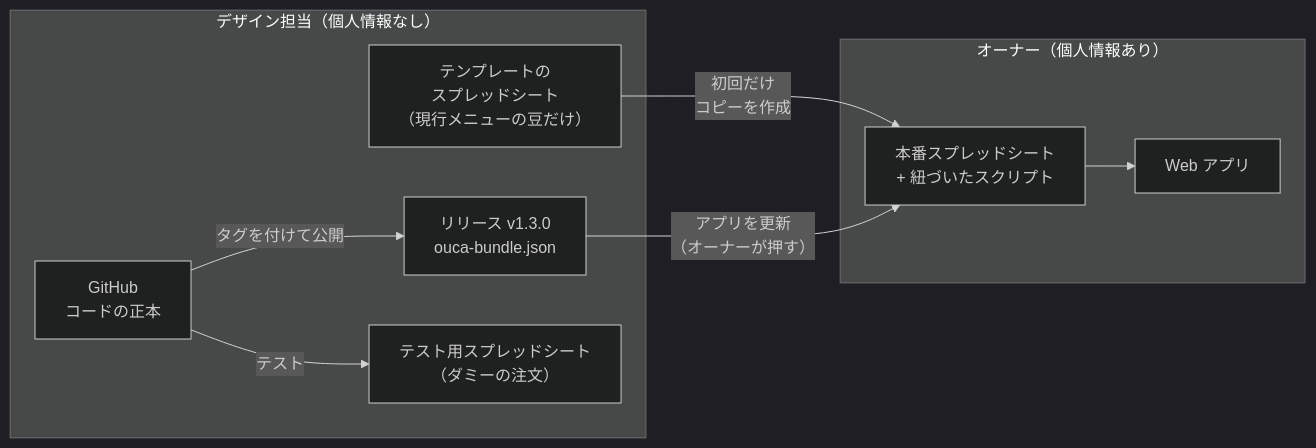
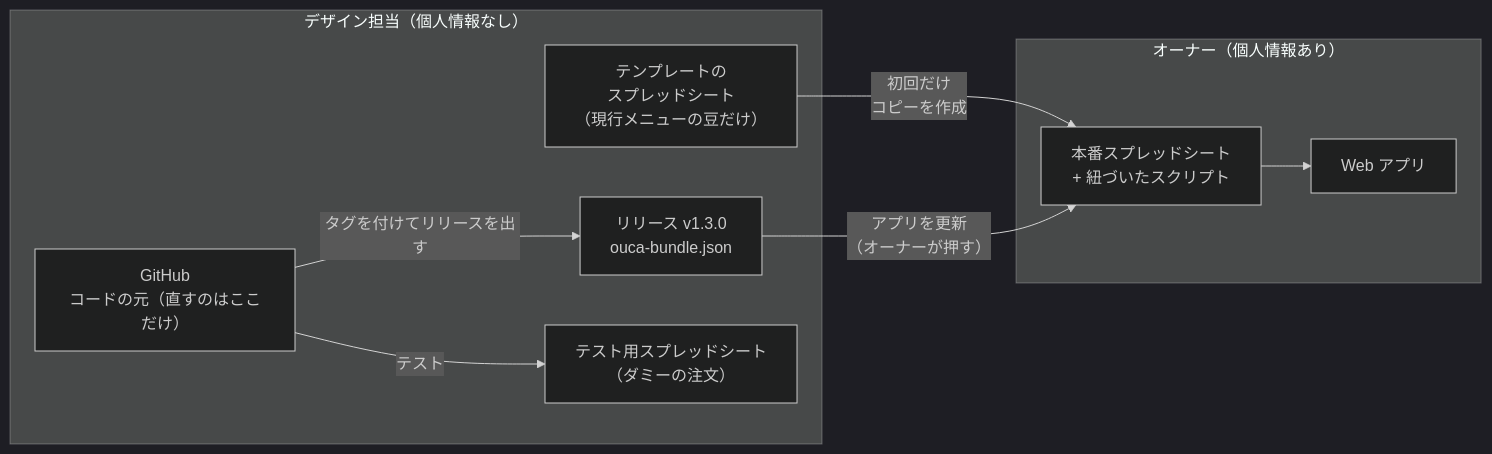
Before and after one commit to yuk-wq/ouca: the first of 2 diagrams in docs/to-be/delivery-flow.md, drawn with Mermaid (dark theme). The commit also changed other lines of this file and 5 other files, not shown here.

````diff
--- a/docs/to-be/delivery-flow.md
+++ b/docs/to-be/delivery-flow.md
@@ -39,18 +66,18 @@
 ```mermaid
 flowchart LR
   subgraph D["デザイン担当（個人情報なし）"]
-    G["GitHub<br/>コードの正本"]
+    G["GitHub<br/>コードの元（直すのはここだけ）"]
     R["リリース v1.3.0<br/>ouca-bundle.json"]
     TP["テンプレートの<br/>スプレッドシート<br/>（現行メニューの豆だけ）"]
     TS["テスト用スプレッドシート<br/>（ダミーの注文）"]
   end
   subgraph O["オーナー（個人情報あり）"]
     S["本番スプレッドシート<br/>+ 紐づいたスクリプト"]
     W["Web アプリ"]
   end
-  G -->|"タグを付けて公開"| R
+  G -->|"タグを付けてリリースを出す"| R
   G -->|"テスト"| TS
   TP -->|"初回だけ<br/>コピーを作成"| S
   R -->|"アプリを更新<br/>（オーナーが押す）"| S
   S --> W
 ```
````
